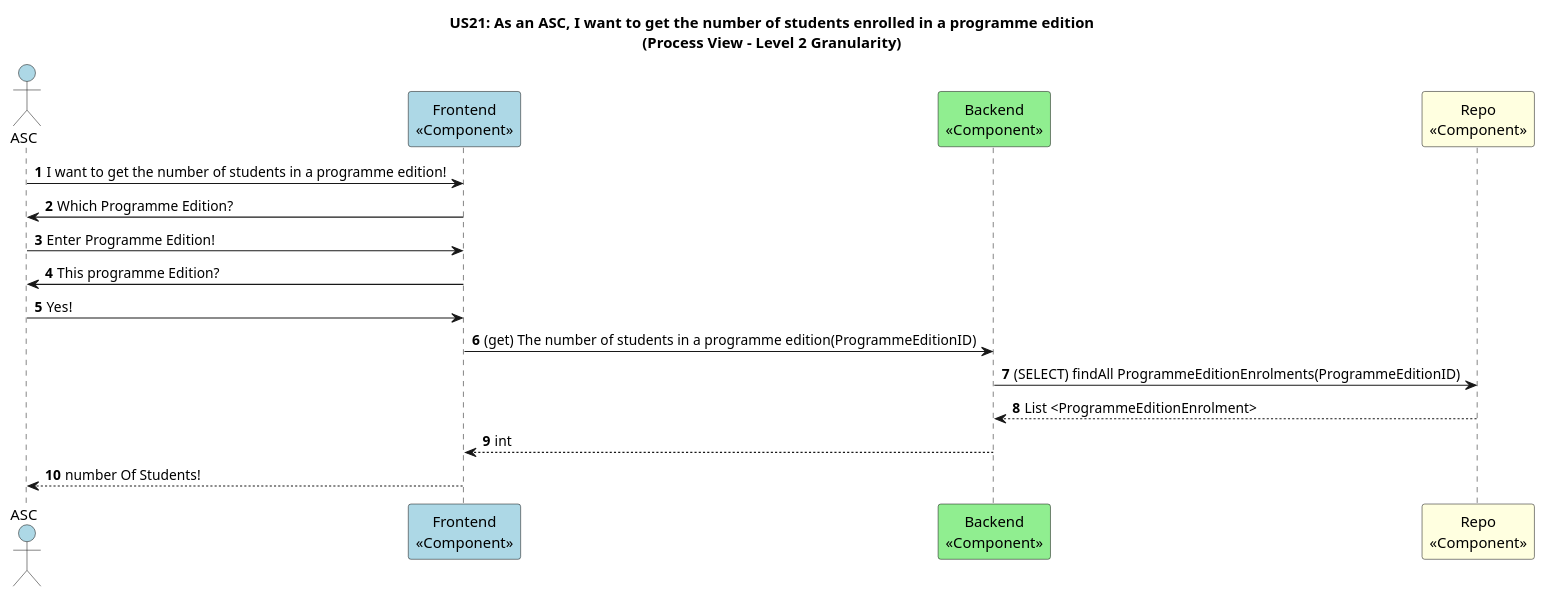
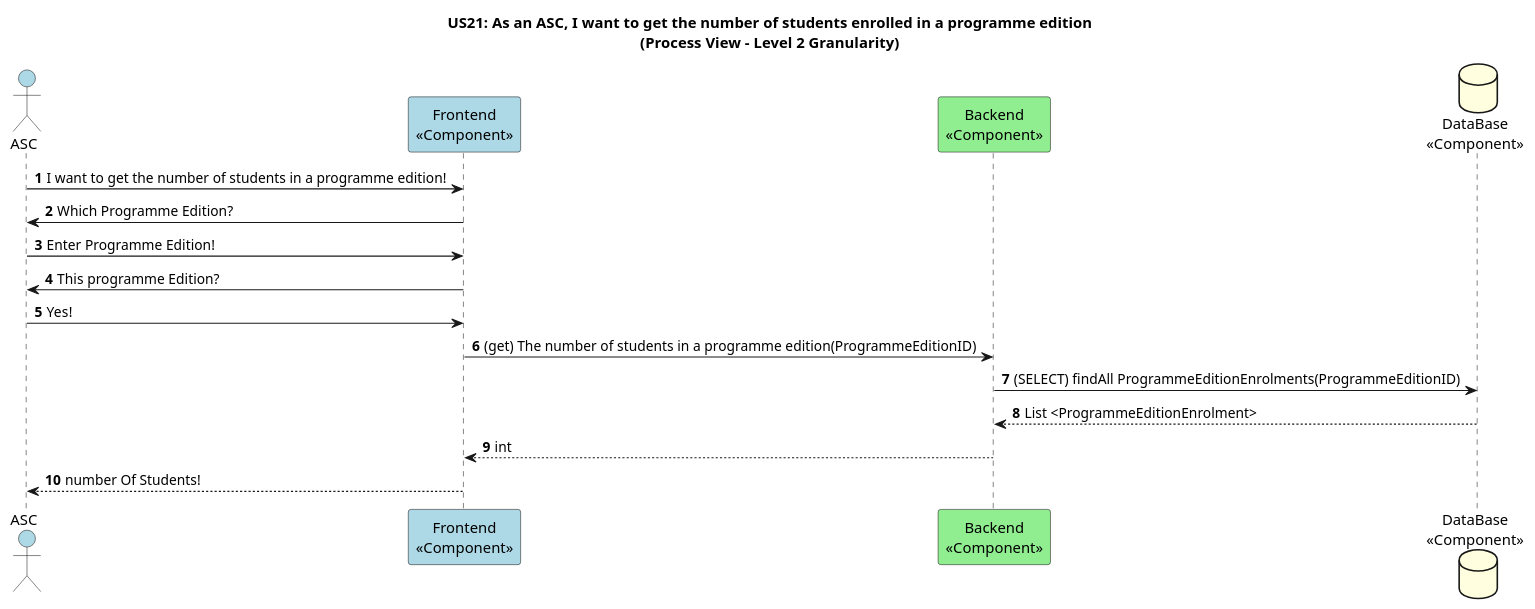
Before and after one commit to GasparISEP/DevOps-PAI: the diagram in docs/US21/Sprint6/ProcessView/Level2Granularity.puml, drawn with PlantUML. The commit also changed 3 other files, not shown here.

First line of the commit message:
added process diagrams of the funcionality get number of students in a programme Edition ref #542, #534

```diff
--- a/docs/US21/Sprint6/ProcessView/Level2Granularity.puml
+++ b/docs/US21/Sprint6/ProcessView/Level2Granularity.puml
@@ -1,20 +1,20 @@
 @startuml
 
 title US21: As an ASC, I want to get the number of students enrolled in a programme edition\n(Process View - Level 2 Granularity)
 autonumber
 
 actor ASC #lightblue
 participant Frontend as "Frontend\n<<Component>>" #lightblue
 participant Backend as "Backend\n<<Component>>" #lightgreen
-participant  Repo as "Repo\n<<Component>>" #lightyellow
+dataBase  DB as "DataBase\n<<Component>>" #lightyellow
 ASC -> Frontend: I want to get the number of students in a programme edition!
 Frontend -> ASC: Which Programme Edition?
 ASC -> Frontend: Enter Programme Edition!
 Frontend -> ASC:This programme Edition?
 ASC -> Frontend:Yes!
 Frontend ->Backend:(get) The number of students in a programme edition(ProgrammeEditionID)
-Backend -> Repo:(SELECT) findAll ProgrammeEditionEnrolments(ProgrammeEditionID)
-Repo-->Backend:List <ProgrammeEditionEnrolment>
+Backend -> DB:(SELECT) findAll ProgrammeEditionEnrolments(ProgrammeEditionID)
+DB-->Backend:List <ProgrammeEditionEnrolment>
 Backend--> Frontend:int
 Frontend-->ASC:number Of Students!
 @enduml
```
